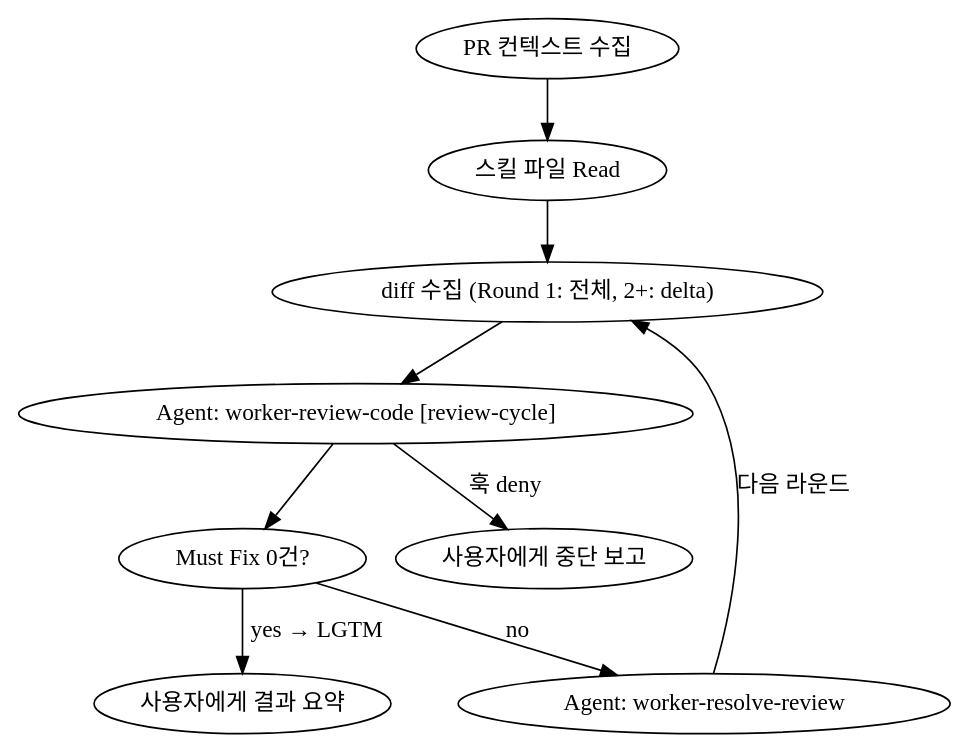
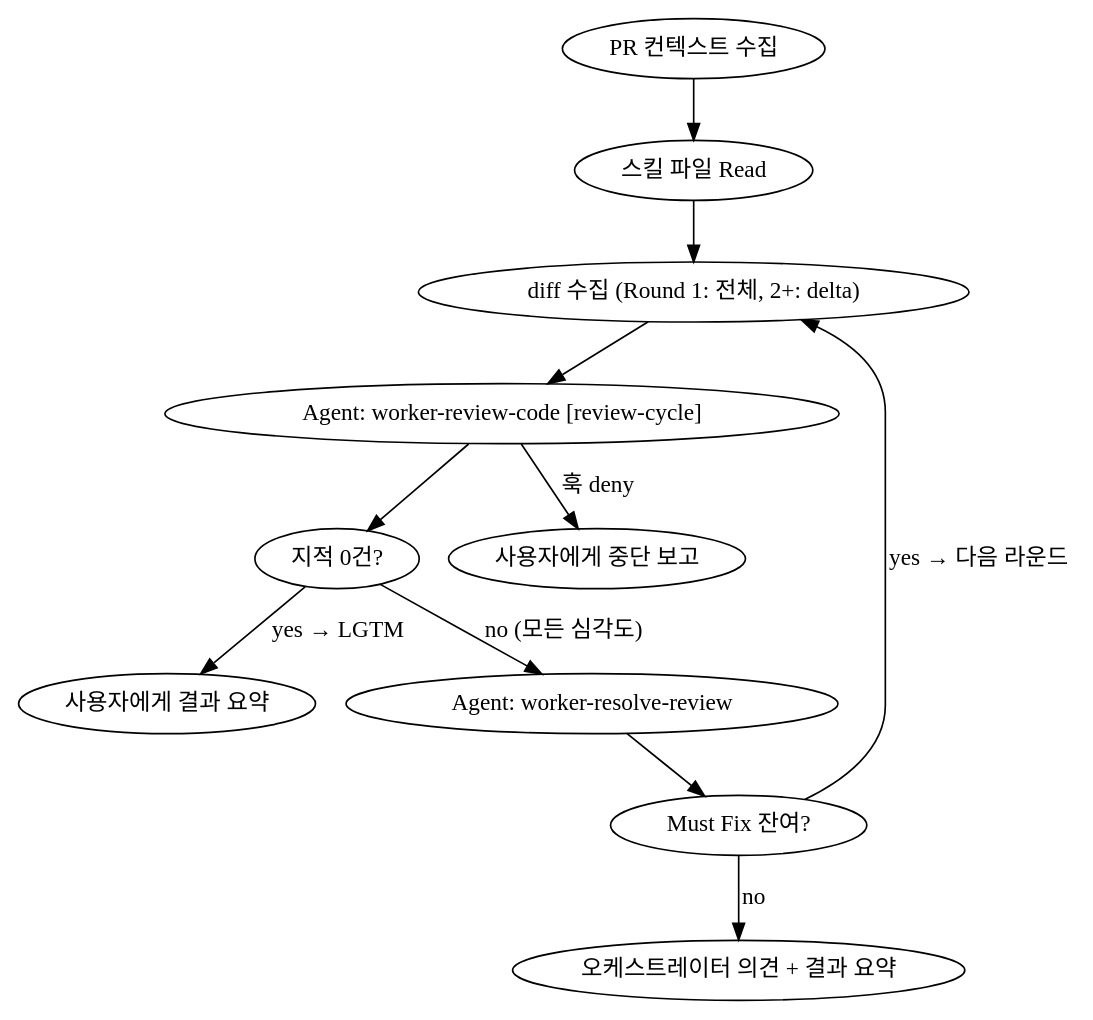
Before and after one commit to KiimDoHyun/KiimDoHyun-portfolio_window: the diagram in .claude/skills/orchestrator-review-loop/SKILL.md, drawn with Graphviz. The commit also changed other lines of this file and 1 other file, not shown here.

First line of the commit message:
refactor(skills): 리뷰 루프에서 모든 심각도 항목 처리 + 오케스트레이터 의견 추가

````diff
--- a/.claude/skills/orchestrator-review-loop/SKILL.md
+++ b/.claude/skills/orchestrator-review-loop/SKILL.md
@@ -19,12 +19,14 @@
 ```dot
 digraph review_loop {
     "PR 컨텍스트 수집" -> "스킬 파일 Read";
     "스킬 파일 Read" -> "diff 수집 (Round 1: 전체, 2+: delta)";
     "diff 수집 (Round 1: 전체, 2+: delta)" -> "Agent: worker-review-code [review-cycle]";
-    "Agent: worker-review-code [review-cycle]" -> "Must Fix 0건?";
-    "Must Fix 0건?" -> "사용자에게 결과 요약" [label="yes → LGTM"];
-    "Must Fix 0건?" -> "Agent: worker-resolve-review" [label="no"];
-    "Agent: worker-resolve-review" -> "diff 수집 (Round 1: 전체, 2+: delta)" [label="다음 라운드"];
+    "Agent: worker-review-code [review-cycle]" -> "지적 0건?";
+    "지적 0건?" -> "사용자에게 결과 요약" [label="yes → LGTM"];
+    "지적 0건?" -> "Agent: worker-resolve-review" [label="no (모든 심각도)"];
+    "Agent: worker-resolve-review" -> "Must Fix 잔여?";
+    "Must Fix 잔여?" -> "diff 수집 (Round 1: 전체, 2+: delta)" [label="yes → 다음 라운드"];
+    "Must Fix 잔여?" -> "오케스트레이터 의견 + 결과 요약" [label="no"];
     "Agent: worker-review-code [review-cycle]" -> "사용자에게 중단 보고" [label="훅 deny"];
 }
 ```
````
